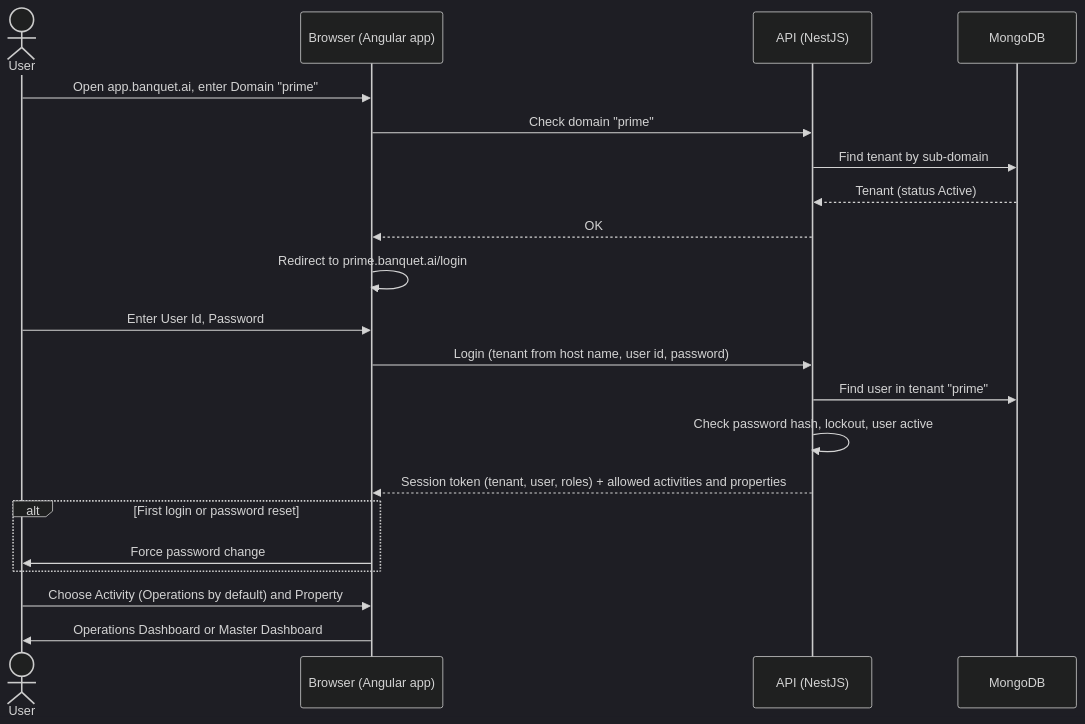
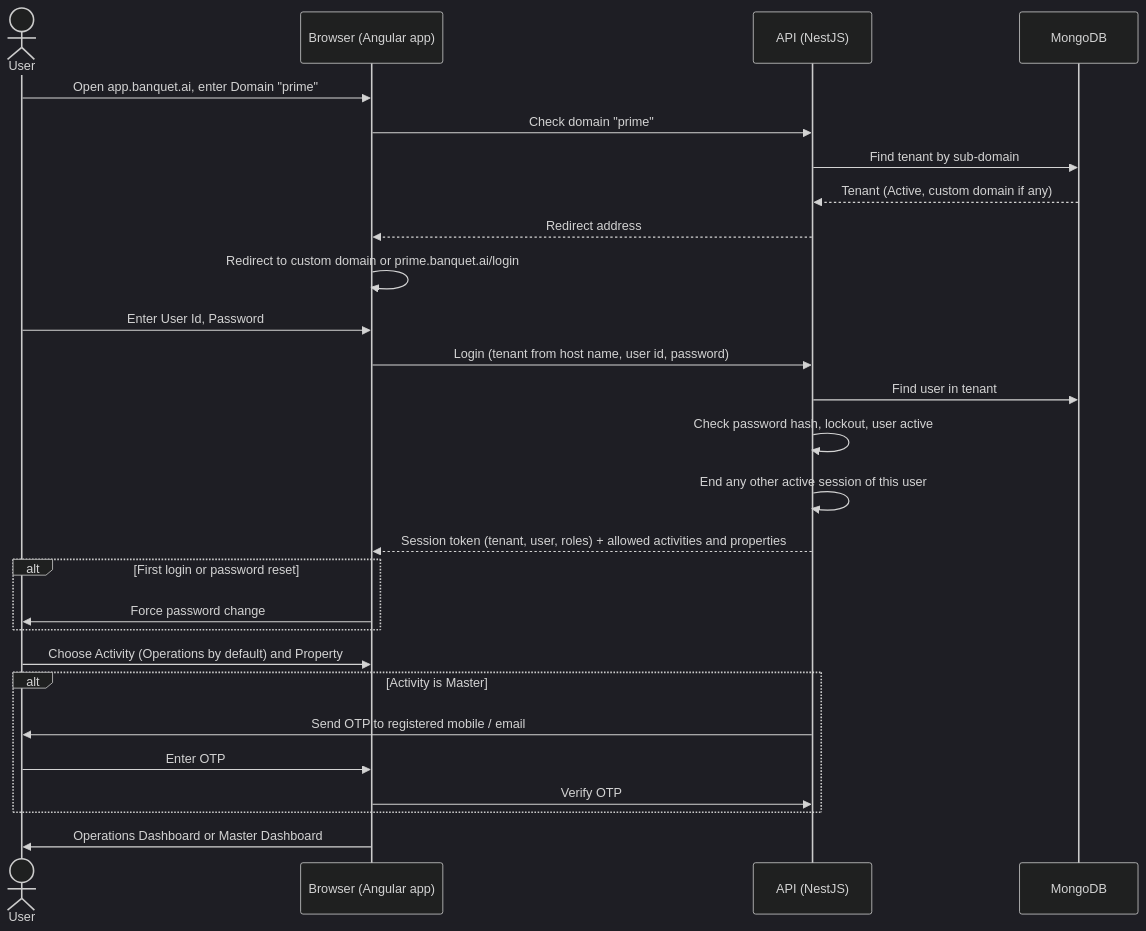
The second of 2 diagrams in docs/workflows/login-and-tenancy.md (AconClick/banquit.ai), drawn with Mermaid (dark theme) before and after one commit. The commit also changed other lines of this file, not shown here.

First line of the commit message:
Record login decisions: approval, implementation users, Master OTP, single session, custom domains

````diff
--- a/docs/workflows/login-and-tenancy.md
+++ b/docs/workflows/login-and-tenancy.md
@@ -65,24 +89,30 @@
 ```mermaid
 sequenceDiagram
     actor U as User
     participant W as Browser (Angular app)
     participant A as API (NestJS)
     participant D as MongoDB
 
     U->>W: Open app.banquet.ai, enter Domain "prime"
     W->>A: Check domain "prime"
     A->>D: Find tenant by sub-domain
-    D-->>A: Tenant (status Active)
-    A-->>W: OK
-    W->>W: Redirect to prime.banquet.ai/login
+    D-->>A: Tenant (Active, custom domain if any)
+    A-->>W: Redirect address
+    W->>W: Redirect to custom domain or prime.banquet.ai/login
     U->>W: Enter User Id, Password
     W->>A: Login (tenant from host name, user id, password)
-    A->>D: Find user in tenant "prime"
+    A->>D: Find user in tenant
     A->>A: Check password hash, lockout, user active
+    A->>A: End any other active session of this user
     A-->>W: Session token (tenant, user, roles) + allowed activities and properties
     alt First login or password reset
         W->>U: Force password change
     end
     U->>W: Choose Activity (Operations by default) and Property
+    alt Activity is Master
+        A->>U: Send OTP to registered mobile / email
+        U->>W: Enter OTP
+        W->>A: Verify OTP
+    end
     W->>U: Operations Dashboard or Master Dashboard
 ```
````
